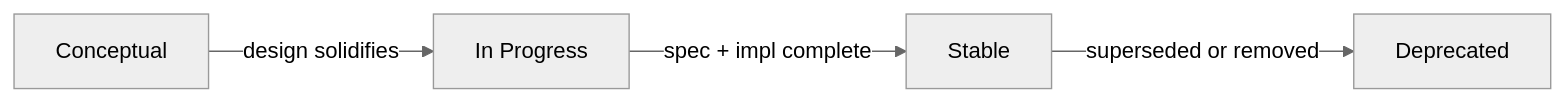
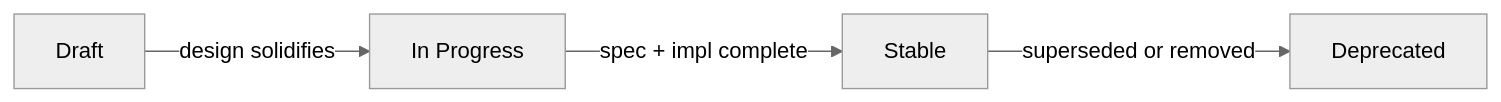
The second of 4 diagrams in spec/features/feature/README.md (synchestra-io/specscore), drawn with Mermaid (neutral theme) before and after one commit. The commit also changed other lines of this file and 24 other files, not shown here.

````diff
--- a/spec/features/feature/README.md
+++ b/spec/features/feature/README.md
@@ -227,11 +227,11 @@
 ```mermaid
 graph LR
-    A["Conceptual"]
+    A["Draft"]
     B["In Progress"]
     C["Stable"]
     D["Deprecated"]
 
     A -->|design solidifies| B
     B -->|spec + impl complete| C
     C -->|superseded or removed| D
 ```
````
